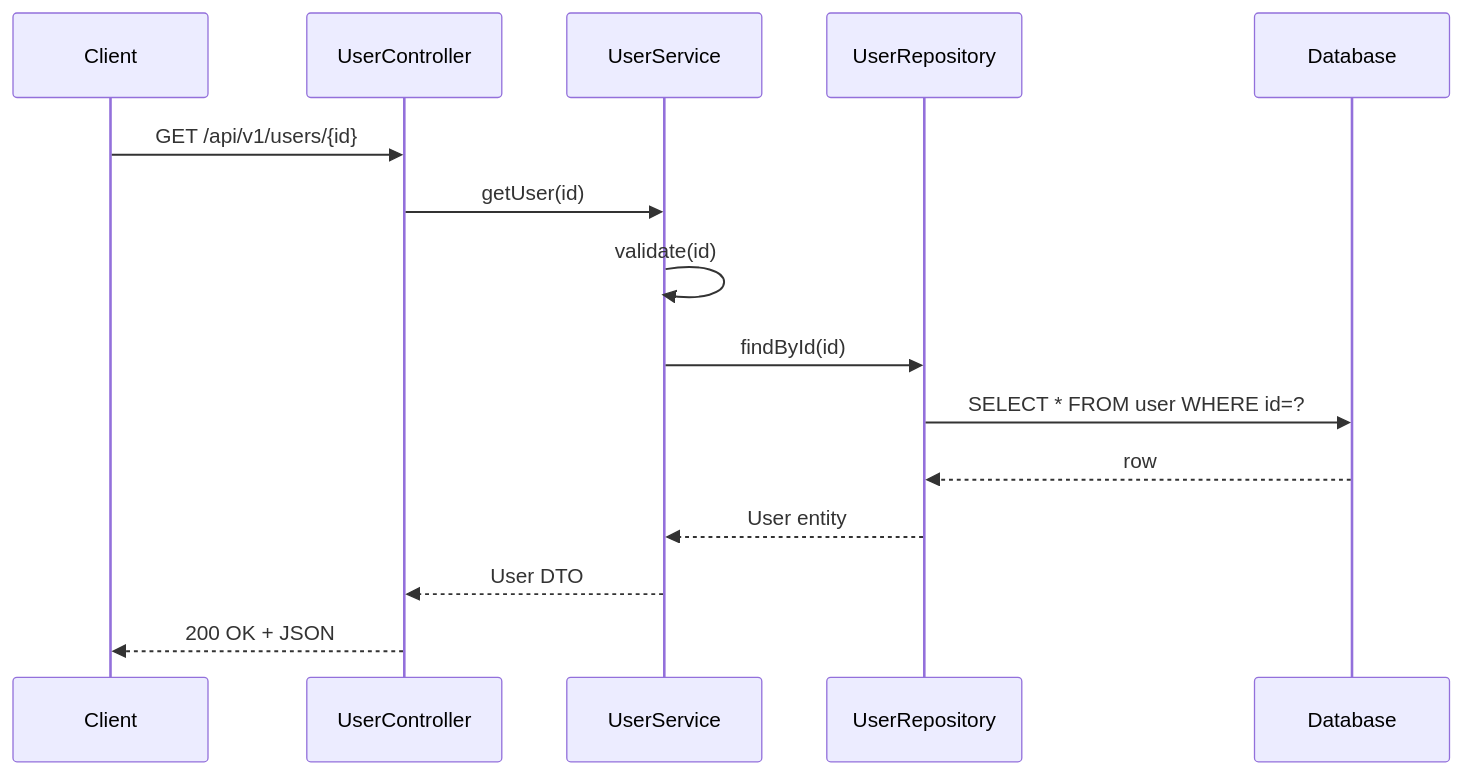
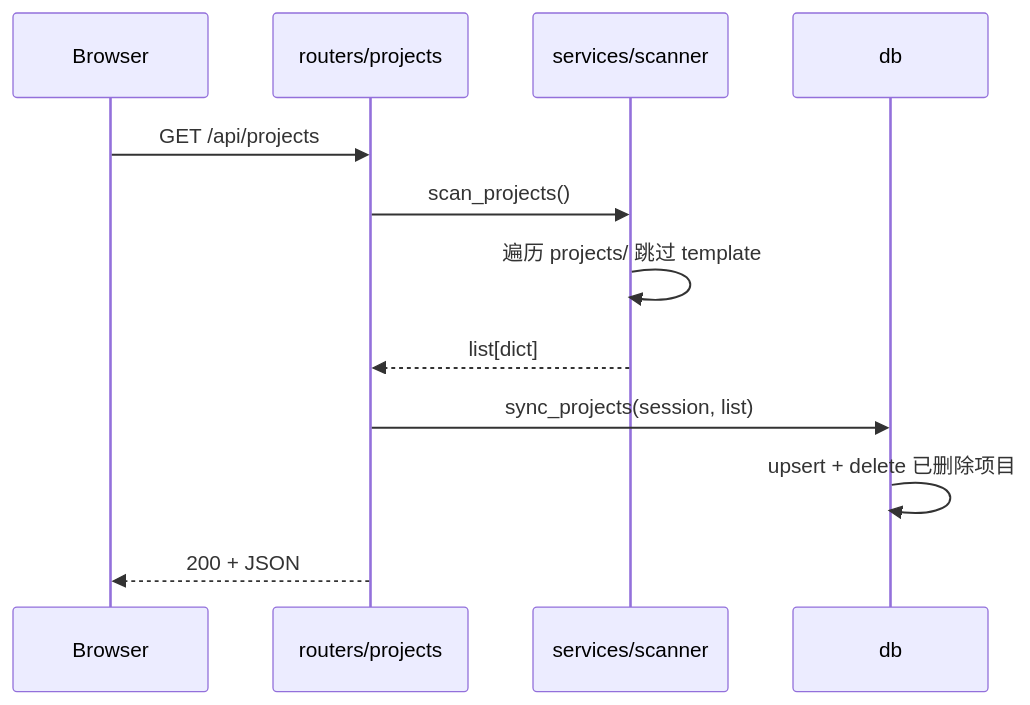
Before and after one commit to Rogers501/automation-platform: the fourth of 10 diagrams in docs/详细设计文档.md, drawn with Mermaid. The commit also changed other lines of this file and 9 other files, not shown here.

````diff
--- a/docs/详细设计文档.md
+++ b/docs/详细设计文档.md
@@ -255,18 +318,15 @@
 ```mermaid
 sequenceDiagram
-    participant C as Client
-    participant CTL as UserController
-    participant SVC as UserService
-    participant REPO as UserRepository
-    participant DB as Database
+    participant C as Browser
+    participant R as routers/projects
+    participant S as services/scanner
+    participant D as db
 
-    C->>CTL: GET /api/v1/users/{id}
-    CTL->>SVC: getUser(id)
-    SVC->>SVC: validate(id)
-    SVC->>REPO: findById(id)
-    REPO->>DB: SELECT * FROM user WHERE id=?
-    DB-->>REPO: row
-    REPO-->>SVC: User entity
-    SVC-->>CTL: User DTO
-    CTL-->>C: 200 OK + JSON
+    C->>R: GET /api/projects
+    R->>S: scan_projects()
+    S->>S: 遍历 projects/ 跳过 template
+    S-->>R: list[dict]
+    R->>D: sync_projects(session, list)
+    D->>D: upsert + delete 已删除项目
+    R-->>C: 200 + JSON
 ```
````
